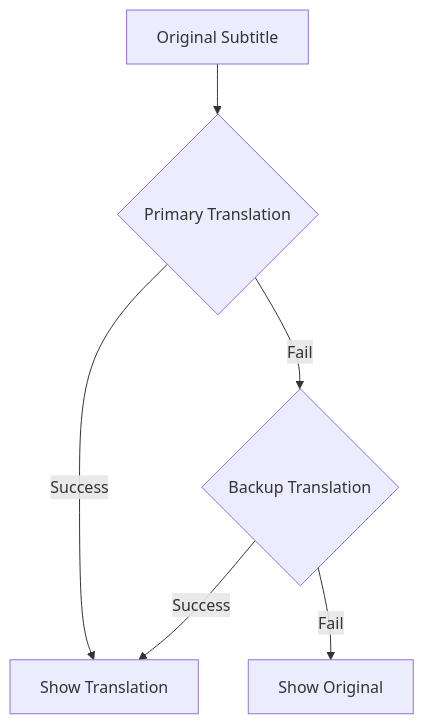
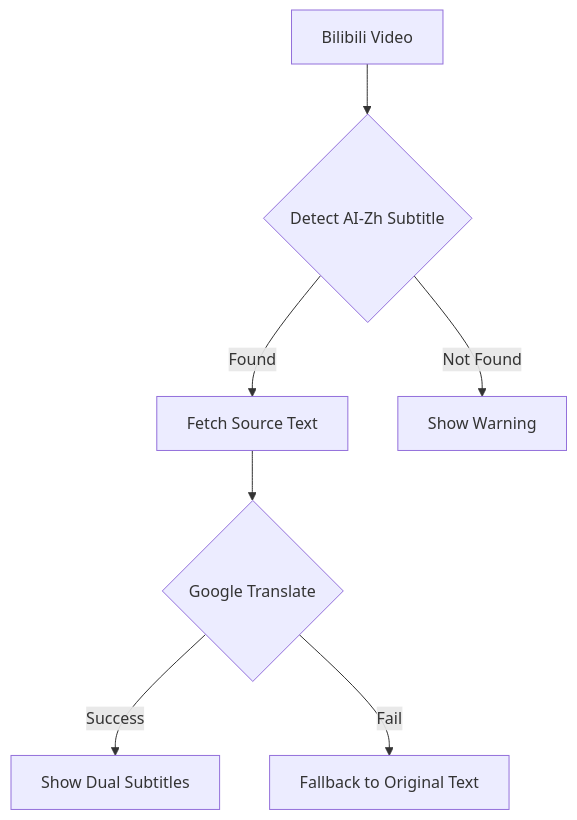
One commit to fazza-abiyyu/BiliSub-Translator changed the diagram in README.md. Above: the diagram before and after it, drawn with Mermaid. The commit also changed other lines of this file and 9 other files, not shown here.

````diff
--- a/README.md
+++ b/README.md
@@ -169,8 +196,9 @@
 ```mermaid
 graph TD
-    A[Original Subtitle] --> B{Primary Translation}
-    B -->|Success| C[Show Translation]
-    B -->|Fail| D{Backup Translation}
-    D -->|Success| C
-    D -->|Fail| E[Show Original]
+    A[Bilibili Video] --> B{Detect AI-Zh Subtitle}
+    B -->|Found| C[Fetch Source Text]
+    B -->|Not Found| D[Show Warning]
+    C --> E{Google Translate}
+    E -->|Success| F[Show Dual Subtitles]
+    E -->|Fail| G[Fallback to Original Text]
 ```
````
